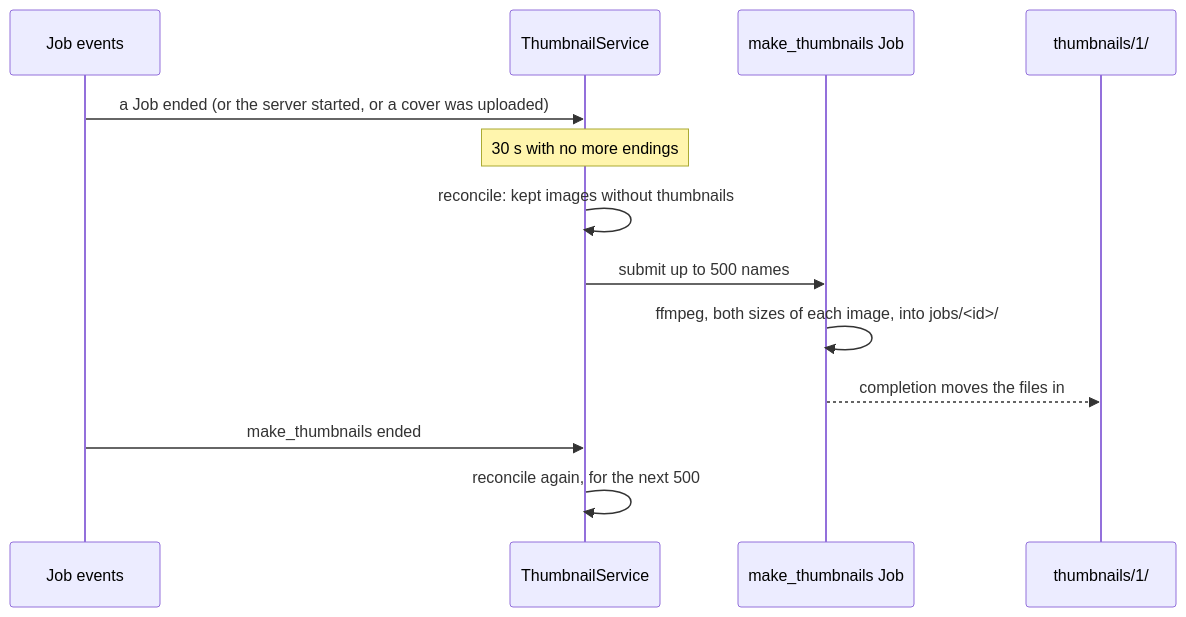
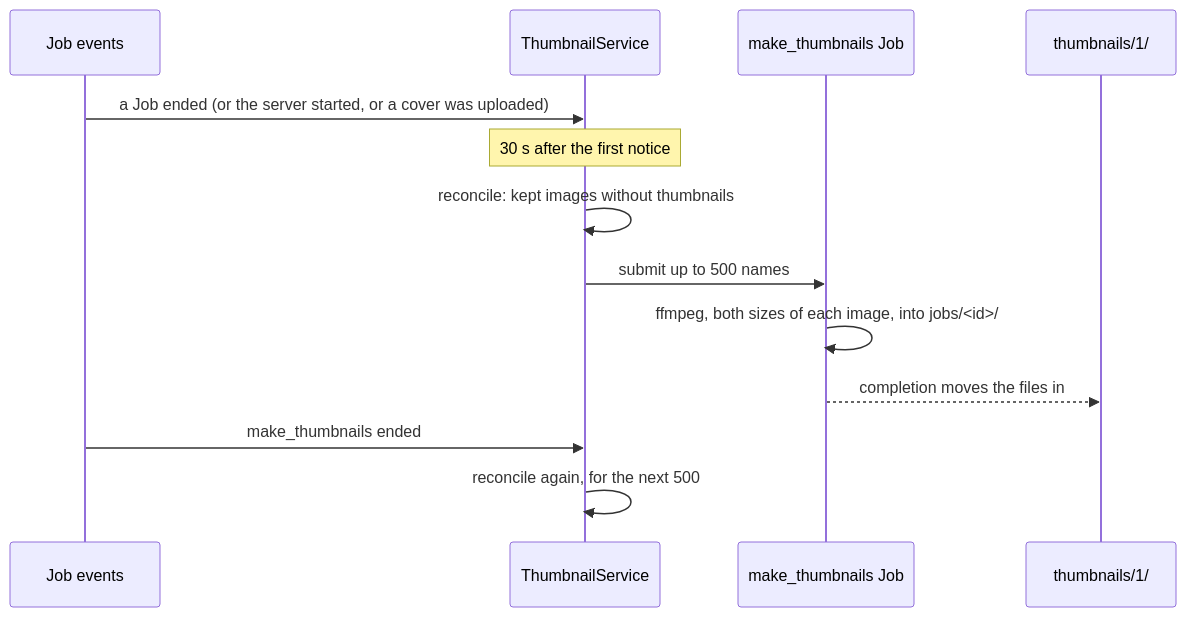
Before and after one commit to pengzhengyi/medleyplay: the diagram in docs/contributing/design-notes/Cover thumbnails.md, drawn with Mermaid. The commit also changed other lines of this file and 2 other files, not shown here.

````diff
--- a/docs/contributing/design-notes/Cover thumbnails.md
+++ b/docs/contributing/design-notes/Cover thumbnails.md
@@ -81,15 +82,15 @@
 ```mermaid
 sequenceDiagram
   participant E as Job events
   participant T as ThumbnailService
   participant J as make_thumbnails Job
   participant F as thumbnails/1/
   E->>T: a Job ended (or the server started, or a cover was uploaded)
-  Note over T: 30 s with no more endings
+  Note over T: 30 s after the first notice
   T->>T: reconcile: kept images without thumbnails
   T->>J: submit up to 500 names
   J->>J: ffmpeg, both sizes of each image, into jobs/<id>/
   J-->>F: completion moves the files in
   E->>T: make_thumbnails ended
   T->>T: reconcile again, for the next 500
 ```
````
